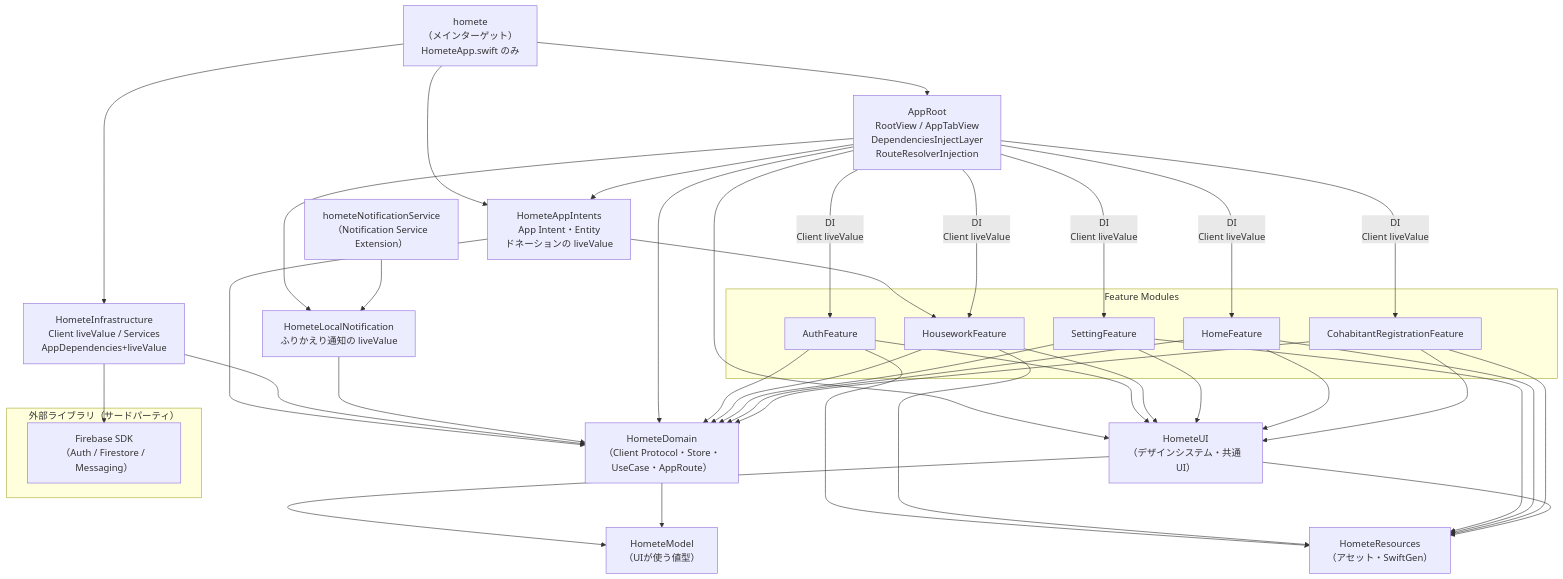
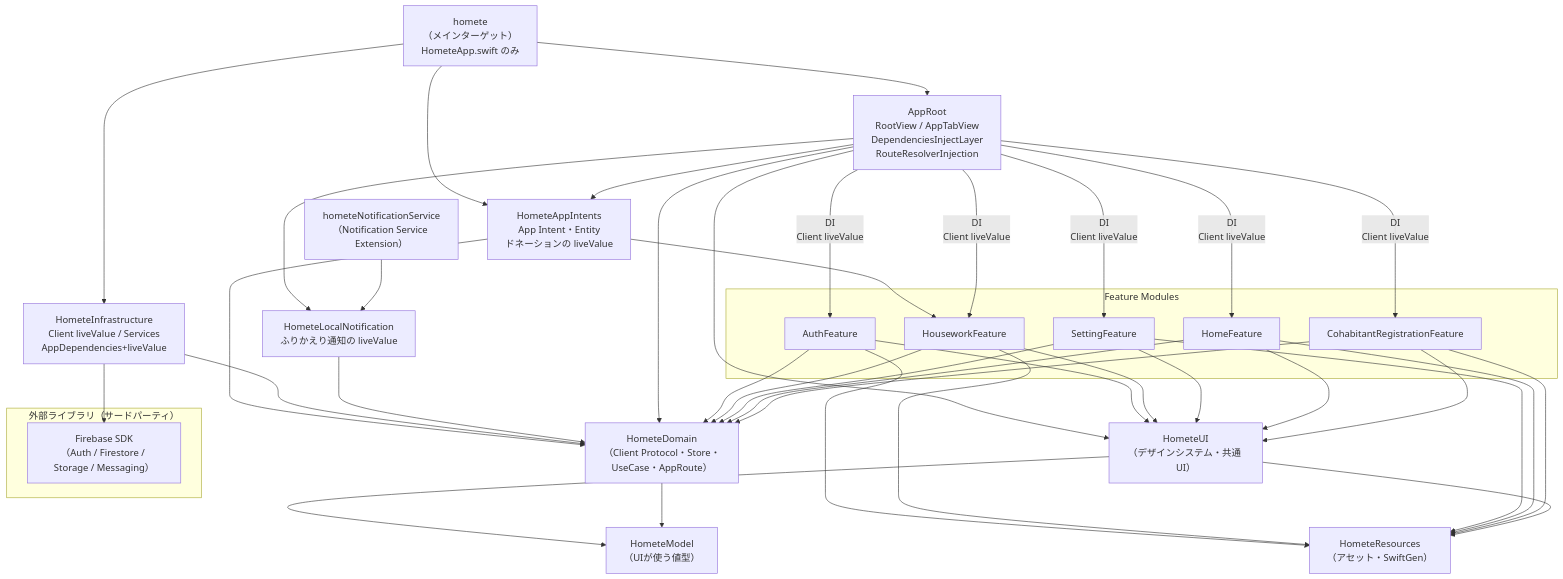
The diagram in doc/multimodules_structure.md (stotic-dev/homete_iOS), drawn with Mermaid before and after one commit. The commit also changed other lines of this file and 4 other files, not shown here.

````diff
--- a/doc/multimodules_structure.md
+++ b/doc/multimodules_structure.md
@@ -108,73 +109,73 @@
 ```mermaid
 graph TD
     subgraph ExternalLibs["外部ライブラリ（サードパーティ）"]
-        Firebase["Firebase SDK\n（Auth / Firestore / Messaging）"]
+        Firebase["Firebase SDK\n（Auth / Firestore / Storage / Messaging）"]
     end
 
     homete["homete\n（メインターゲット）\nHometeApp.swift のみ"]
 
     AppRoot["AppRoot\nRootView / AppTabView\nDependenciesInjectLayer\nRouteResolverInjection"]
 
     HometeInfrastructure["HometeInfrastructure\nClient liveValue / Services\nAppDependencies+liveValue"]
 
     subgraph Features["Feature Modules"]
         AuthFeature
         HouseworkFeature
         SettingFeature
         HomeFeature
         CohabitantRegistrationFeature
     end
 
     HometeUI["HometeUI\n（デザインシステム・共通 UI）"]
     HometeResources["HometeResources\n（アセット・SwiftGen）"]
     HometeDomain["HometeDomain\n（Client Protocol・Store・UseCase・AppRoute）"]
     HometeModel["HometeModel\n（UIが使う値型）"]
 
     homete --> AppRoot
     homete --> HometeInfrastructure
 
     HometeAppIntents["HometeAppIntents\nApp Intent・Entity\nドネーションの liveValue"]
     homete --> HometeAppIntents
     AppRoot --> HometeAppIntents
     HometeAppIntents --> HouseworkFeature
     HometeAppIntents --> HometeDomain
 
     HometeInfrastructure --> Firebase
     HometeInfrastructure --> HometeDomain
 
     HometeLocalNotification["HometeLocalNotification\nふりかえり通知の liveValue"]
     hometeNotificationService["hometeNotificationService\n（Notification Service Extension）"]
     AppRoot --> HometeLocalNotification
     hometeNotificationService --> HometeLocalNotification
     HometeLocalNotification --> HometeDomain
 
     AppRoot -->|DI \n Client liveValue| AuthFeature
     AppRoot -->|DI \n Client liveValue| HouseworkFeature
     AppRoot -->|DI \n Client liveValue| SettingFeature
     AppRoot -->|DI \n Client liveValue| HomeFeature
     AppRoot -->|DI \n Client liveValue| CohabitantRegistrationFeature
     AppRoot --> HometeUI
     AppRoot --> HometeDomain
 
     AuthFeature --> HometeUI
     HouseworkFeature --> HometeUI
     SettingFeature --> HometeUI
     HomeFeature --> HometeUI
     CohabitantRegistrationFeature --> HometeUI
 
     AuthFeature --> HometeResources
     HouseworkFeature --> HometeResources
     SettingFeature --> HometeResources
     HomeFeature --> HometeResources
     CohabitantRegistrationFeature --> HometeResources
 
     AuthFeature --> HometeDomain
     HouseworkFeature --> HometeDomain
     SettingFeature --> HometeDomain
     HomeFeature --> HometeDomain
     CohabitantRegistrationFeature --> HometeDomain
 
     HometeUI --> HometeModel
     HometeUI --> HometeResources
     HometeDomain --> HometeModel
 ```
````
